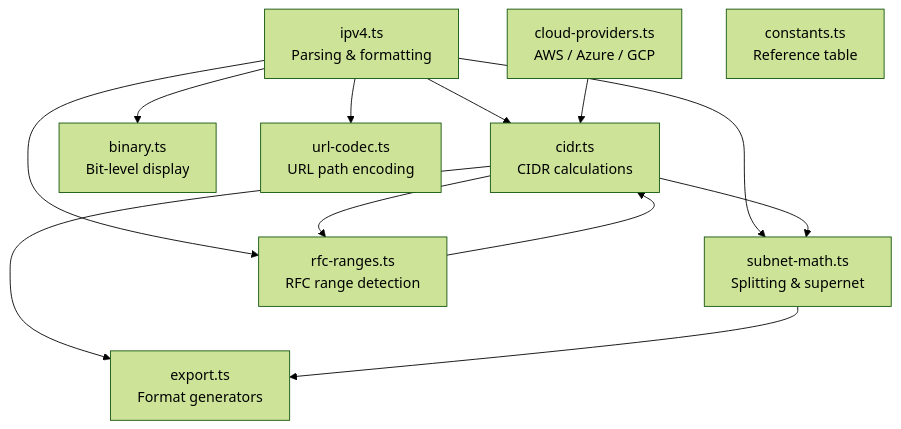
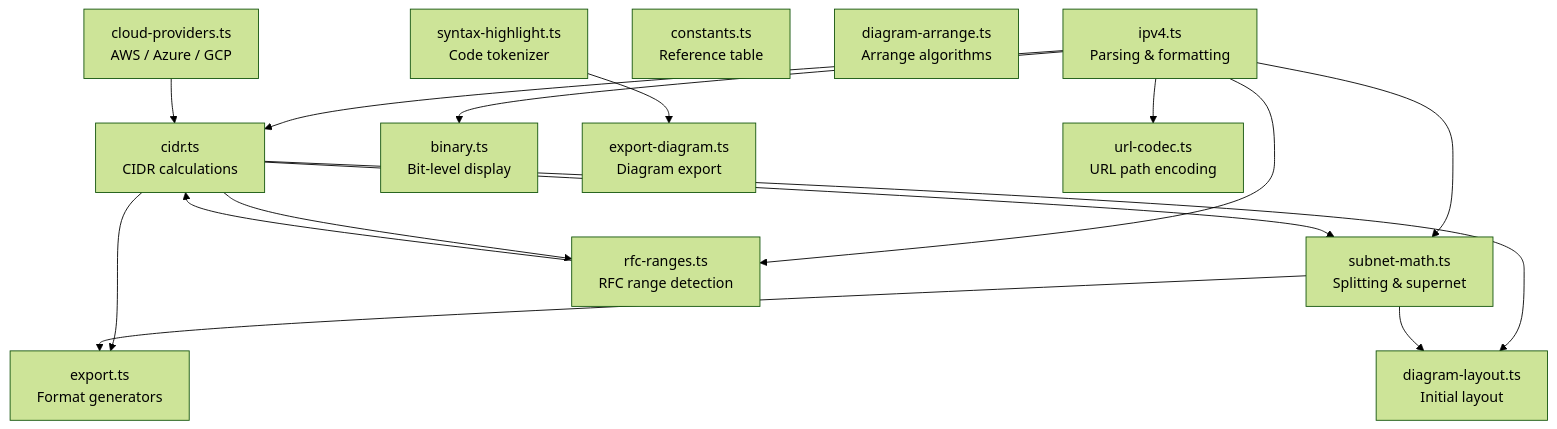
Before and after one commit to russmckendrick/subnet: the diagram in docs/calculation-engine.md, drawn with Mermaid (forest theme). The commit also changed other lines of this file and 1 other file, not shown here.

Commit message:
✨ (docs/calculation-engine.md, docs/url-sharing.md): add new diagram layout and arrangement features; introduce diagram export functionality; enhance documentation for designer mode and initial layout generation.

````diff
--- a/docs/calculation-engine.md
+++ b/docs/calculation-engine.md
@@ -7,24 +7,31 @@
 ```mermaid
 flowchart TD
     ipv4["ipv4.ts<br/>Parsing & formatting"]
     cidr["cidr.ts<br/>CIDR calculations"]
     subnetmath["subnet-math.ts<br/>Splitting & supernet"]
     binary["binary.ts<br/>Bit-level display"]
     cloud["cloud-providers.ts<br/>AWS / Azure / GCP"]
     rfc["rfc-ranges.ts<br/>RFC range detection"]
     constants["constants.ts<br/>Reference table"]
     exportmod["export.ts<br/>Format generators"]
+    exportdiag["export-diagram.ts<br/>Diagram export"]
     urlcodec["url-codec.ts<br/>URL path encoding"]
+    diaglayout["diagram-layout.ts<br/>Initial layout"]
+    diagarrange["diagram-arrange.ts<br/>Arrange algorithms"]
+    syntaxhl["syntax-highlight.ts<br/>Code tokenizer"]
 
     ipv4 --> cidr
     ipv4 --> subnetmath
     ipv4 --> binary
     ipv4 --> rfc
     ipv4 --> urlcodec
     cidr --> subnetmath
     cidr --> rfc
     cidr --> exportmod
+    cidr --> diaglayout
     cloud --> cidr
     rfc --> cidr
     subnetmath --> exportmod
+    subnetmath --> diaglayout
+    syntaxhl --> exportdiag
 ```
````
